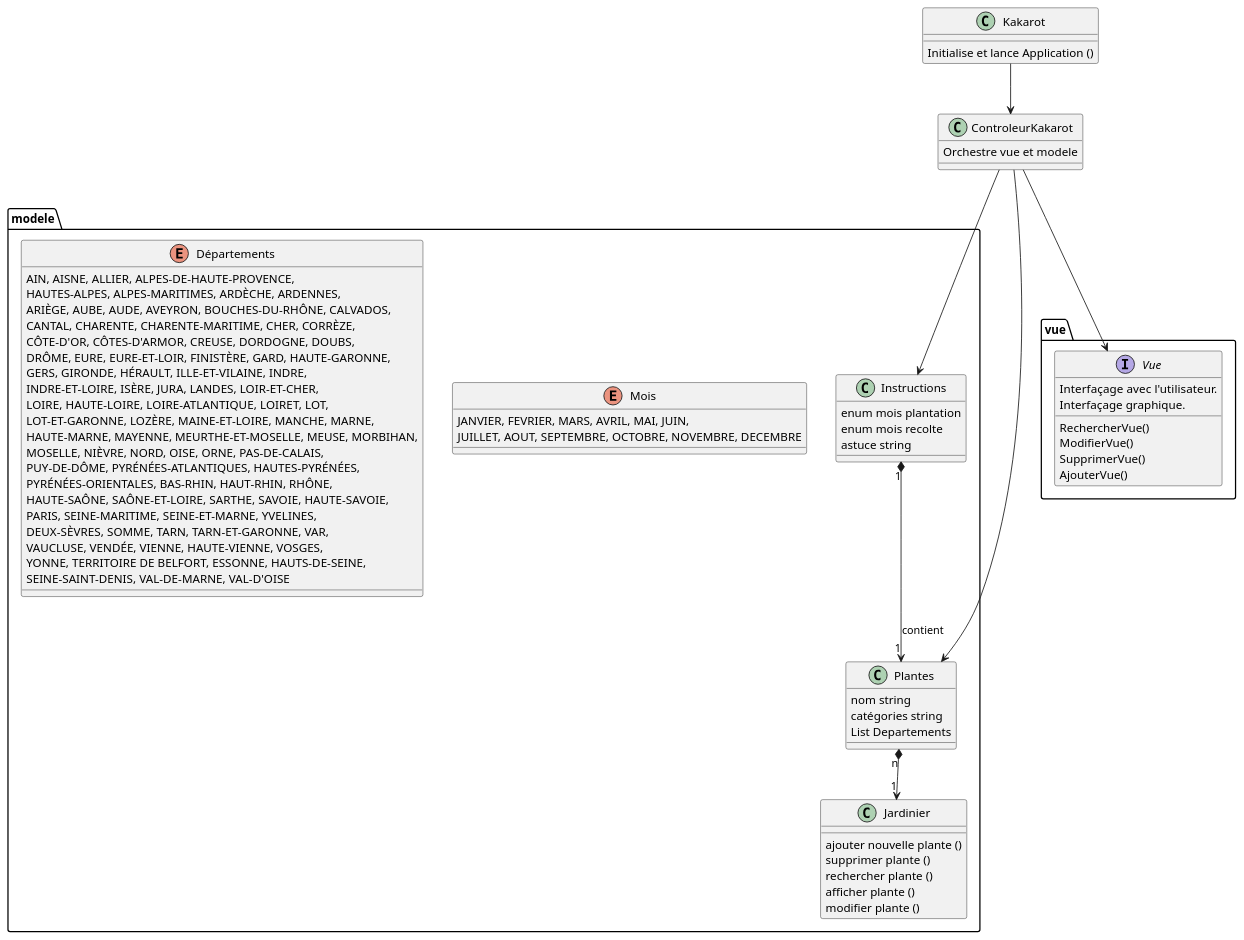
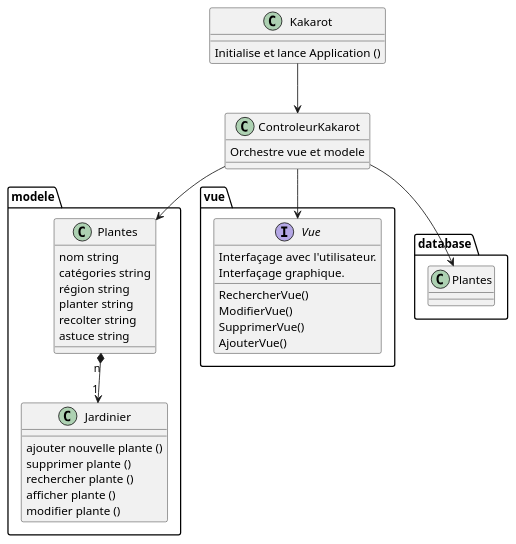
One commit to ValeSrs/Kakarot changed the diagram in kakarot.plantuml. Above: the diagram before and after it, drawn with PlantUML. The commit also changed other lines of this file and 3 other files, not shown here.

```diff
--- a/kakarot.plantuml
+++ b/kakarot.plantuml
@@ -2,80 +2,57 @@
 @startuml Diagramme de Classes
 'projet'
 
 class Kakarot{
     Initialise et lance Application ()
 }
 class ControleurKakarot {
     Orchestre vue et modele
 }
 
 Kakarot --> ControleurKakarot
 ControleurKakarot --> modele.Plantes
-ControleurKakarot --> modele.Instructions
 ControleurKakarot --> vue.Vue
 package modele <<Folder>> {
     class Jardinier{
         ajouter nouvelle plante ()
         supprimer plante ()
         rechercher plante ()
         afficher plante ()
         modifier plante ()
     }
 
     class Plantes{
         nom string
         catégories string 
-        List Departements
-    }
-
-    class Instructions {
-        enum mois plantation
-        enum mois recolte
+        région string
+        planter string
+        recolter string
         astuce string
     }
 
-    enum Mois{
-        JANVIER, FEVRIER, MARS, AVRIL, MAI, JUIN, 
-        JUILLET, AOUT, SEPTEMBRE, OCTOBRE, NOVEMBRE, DECEMBRE
-    }
-
-    enum Départements{
-        AIN, AISNE, ALLIER, ALPES-DE-HAUTE-PROVENCE, 
-        HAUTES-ALPES, ALPES-MARITIMES, ARDÈCHE, ARDENNES, 
-        ARIÈGE, AUBE, AUDE, AVEYRON, BOUCHES-DU-RHÔNE, CALVADOS, 
-        CANTAL, CHARENTE, CHARENTE-MARITIME, CHER, CORRÈZE, 
-        CÔTE-D'OR, CÔTES-D'ARMOR, CREUSE, DORDOGNE, DOUBS, 
-        DRÔME, EURE, EURE-ET-LOIR, FINISTÈRE, GARD, HAUTE-GARONNE, 
-        GERS, GIRONDE, HÉRAULT, ILLE-ET-VILAINE, INDRE, 
-        INDRE-ET-LOIRE, ISÈRE, JURA, LANDES, LOIR-ET-CHER, 
-        LOIRE, HAUTE-LOIRE, LOIRE-ATLANTIQUE, LOIRET, LOT, 
-        LOT-ET-GARONNE, LOZÈRE, MAINE-ET-LOIRE, MANCHE, MARNE, 
-        HAUTE-MARNE, MAYENNE, MEURTHE-ET-MOSELLE, MEUSE, MORBIHAN, 
-        MOSELLE, NIÈVRE, NORD, OISE, ORNE, PAS-DE-CALAIS, 
-        PUY-DE-DÔME, PYRÉNÉES-ATLANTIQUES, HAUTES-PYRÉNÉES, 
-        PYRÉNÉES-ORIENTALES, BAS-RHIN, HAUT-RHIN, RHÔNE, 
-        HAUTE-SAÔNE, SAÔNE-ET-LOIRE, SARTHE, SAVOIE, HAUTE-SAVOIE, 
-        PARIS, SEINE-MARITIME, SEINE-ET-MARNE, YVELINES, 
-        DEUX-SÈVRES, SOMME, TARN, TARN-ET-GARONNE, VAR, 
-        VAUCLUSE, VENDÉE, VIENNE, HAUTE-VIENNE, VOSGES, 
-        YONNE, TERRITOIRE DE BELFORT, ESSONNE, HAUTS-DE-SEINE, 
-        SEINE-SAINT-DENIS, VAL-DE-MARNE, VAL-D'OISE
-    }
-
     Plantes "n" *-->"1" Jardinier
-    Instructions "1" *-->"1" Plantes : contient
+   
 }
 
 package vue <<Folder>> {
     interface Vue {
         Interfaçage avec l'utilisateur.            
             Interfaçage graphique.
     }  
     interface Vue {
         RechercherVue()
         ModifierVue()
         SupprimerVue()
         AjouterVue()
     }
+
 }
+
+
+    
+
+
+ControleurKakarot --> database.Plantes
+
+
 @enduml
```
